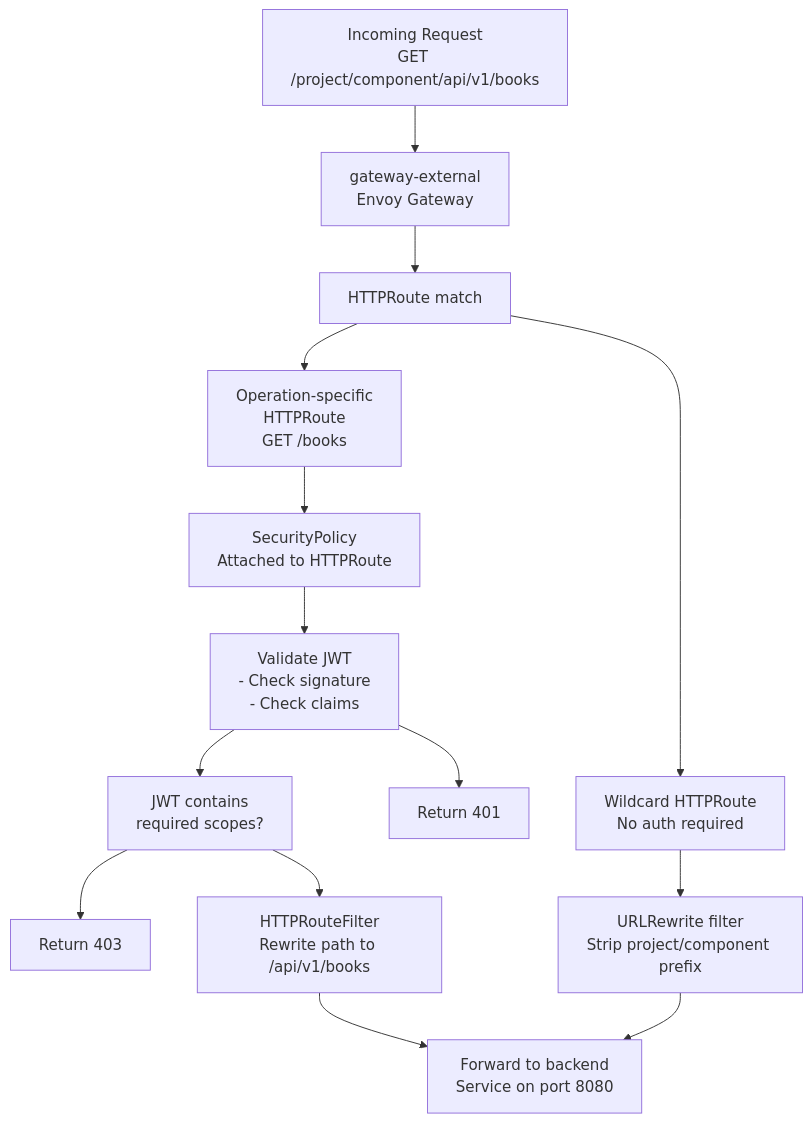
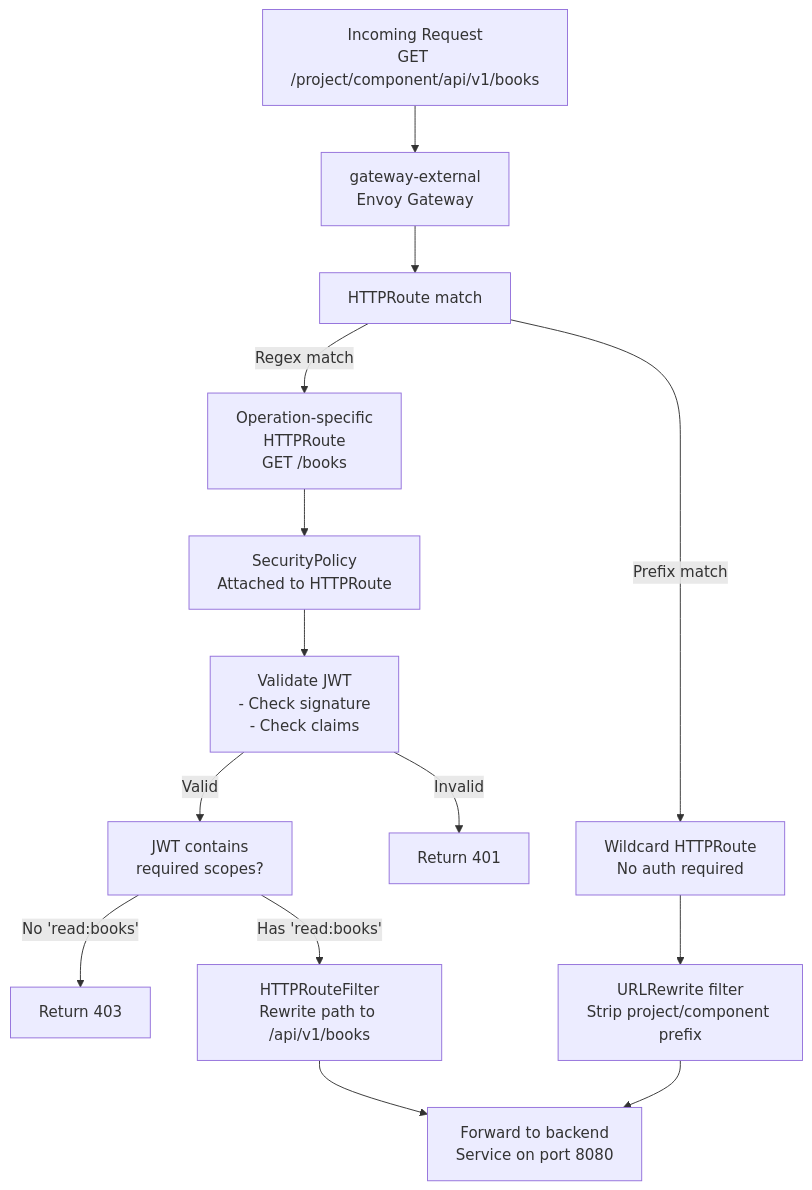
Before and after one commit to openchoreo/openchoreo: the fifth of 6 diagrams in docs/deepwiki/Endpoint-Controller.md, drawn with Mermaid. The commit also changed other lines of this file and 85 other files, not shown here.

Commit message:
feat: Add new workflow and specification templates, update Helm chart dependencies, and clarify documentation diagrams.

````diff
--- a/docs/deepwiki/Endpoint-Controller.md
+++ b/docs/deepwiki/Endpoint-Controller.md
@@ -503,31 +503,31 @@
 ```mermaid
 flowchart TD
 
 Request["Incoming Request<br>GET /project/component/api/v1/books"]
 Gateway["gateway-external<br>Envoy Gateway"]
 RouteMatch["HTTPRoute match"]
 OpRoute["Operation-specific<br>HTTPRoute<br>GET /books"]
 WildcardRoute["Wildcard HTTPRoute<br>No auth required"]
 SecPolicy["SecurityPolicy<br>Attached to HTTPRoute"]
 ValidateJWT["Validate JWT<br>- Check signature<br>- Check claims"]
 Deny401["Return 401"]
 CheckScopes["JWT contains<br>required scopes?"]
 Deny403["Return 403"]
 ApplyFilter["HTTPRouteFilter<br>Rewrite path to /api/v1/books"]
 Backend["Forward to backend<br>Service on port 8080"]
 RewritePath["URLRewrite filter<br>Strip project/component prefix"]
 
 Request --> Gateway
 Gateway --> RouteMatch
-RouteMatch --> OpRoute
-RouteMatch --> WildcardRoute
+RouteMatch -->|"Regex match"| OpRoute
+RouteMatch -->|"Prefix match"| WildcardRoute
 OpRoute --> SecPolicy
 SecPolicy --> ValidateJWT
-ValidateJWT --> Deny401
-ValidateJWT --> CheckScopes
-CheckScopes --> Deny403
-CheckScopes --> ApplyFilter
+ValidateJWT -->|"Invalid"| Deny401
+ValidateJWT -->|"Valid"| CheckScopes
+CheckScopes -->|"No 'read:books'"| Deny403
+CheckScopes -->|"Has 'read:books'"| ApplyFilter
 ApplyFilter --> Backend
 WildcardRoute --> RewritePath
 RewritePath --> Backend
 ```
````
